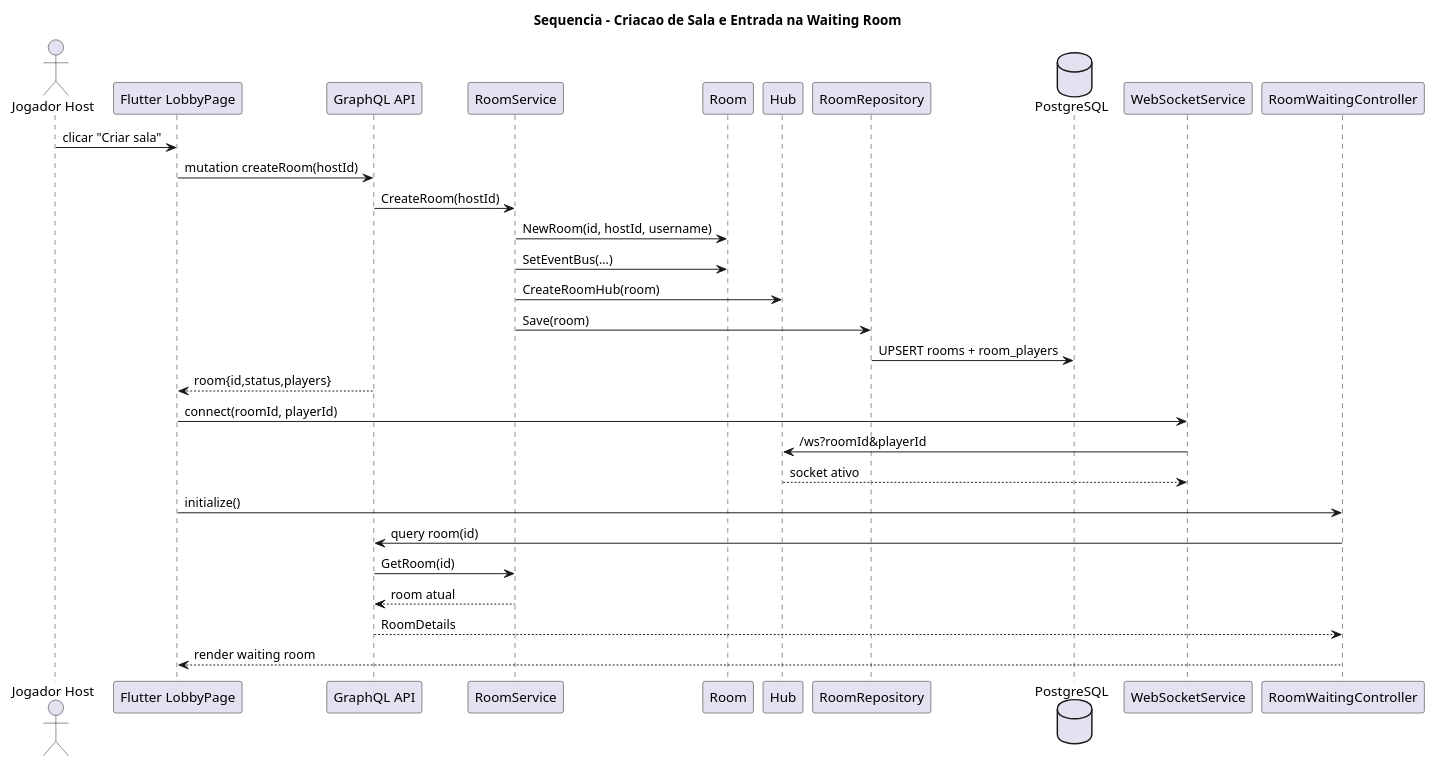
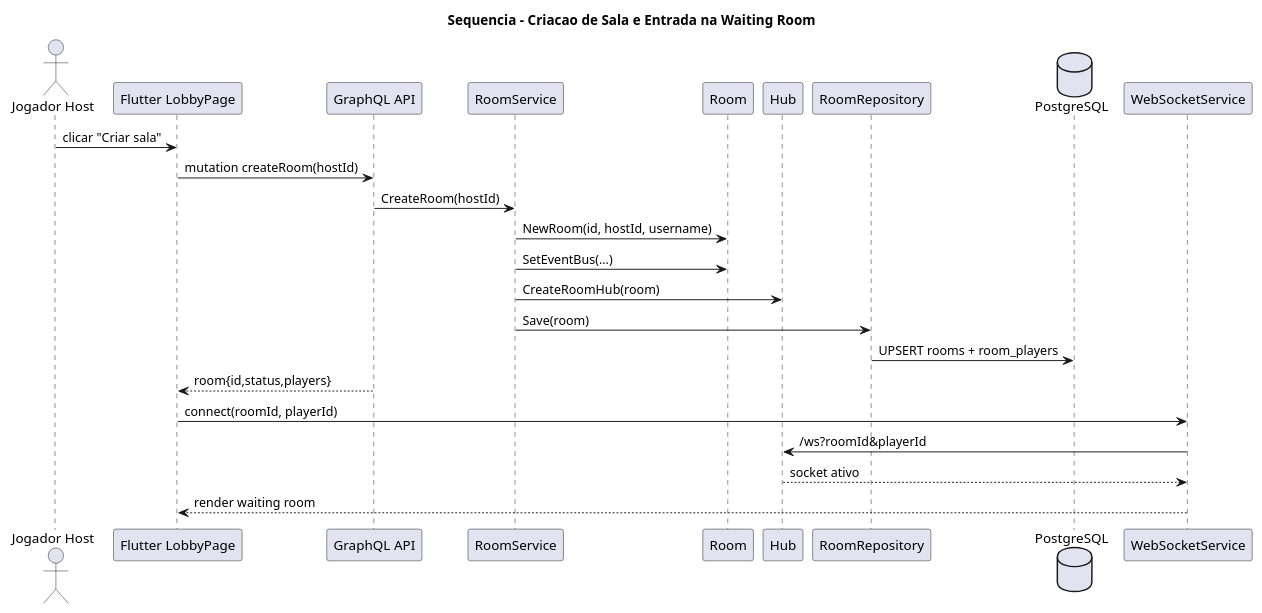
One commit to DuarteMSousa/PEDWM_TP1 changed the diagram in DocumentacaoV2/Relatorio_Diagramas/3_4_1_sequencia_criar_sala.puml. Above: the diagram before and after it, drawn with PlantUML. The commit also changed 4 other files, not shown here.

First line of the commit message:
Update and refactor sequence diagrams

```diff
--- a/DocumentacaoV2/Relatorio_Diagramas/3_4_1_sequencia_criar_sala.puml
+++ b/DocumentacaoV2/Relatorio_Diagramas/3_4_1_sequencia_criar_sala.puml
@@ -1,36 +1,31 @@
 @startuml
 title Sequencia - Criacao de Sala e Entrada na Waiting Room
 
 actor "Jogador Host" as Host
 participant "Flutter LobbyPage" as UI
 participant "GraphQL API" as GQL
 participant "RoomService" as RoomSvc
 participant "Room" as Room
 participant "Hub" as Hub
 participant "RoomRepository" as RoomRepo
 database "PostgreSQL" as PG
 participant "WebSocketService" as WSF
-participant "RoomWaitingController" as WaitCtrl
 
 Host -> UI : clicar "Criar sala"
 UI -> GQL : mutation createRoom(hostId)
 GQL -> RoomSvc : CreateRoom(hostId)
 RoomSvc -> Room : NewRoom(id, hostId, username)
 RoomSvc -> Room : SetEventBus(...)
 RoomSvc -> Hub : CreateRoomHub(room)
 RoomSvc -> RoomRepo : Save(room)
 RoomRepo -> PG : UPSERT rooms + room_players
 GQL --> UI : room{id,status,players}
 
 UI -> WSF : connect(roomId, playerId)
 WSF -> Hub : /ws?roomId&playerId
 Hub --> WSF : socket ativo
 
-UI -> WaitCtrl : initialize()
-WaitCtrl -> GQL : query room(id)
-GQL -> RoomSvc : GetRoom(id)
-RoomSvc --> GQL : room atual
-GQL --> WaitCtrl : RoomDetails
-WaitCtrl --> UI : render waiting room
+
+WSF --> UI : render waiting room
 
 @enduml
```
